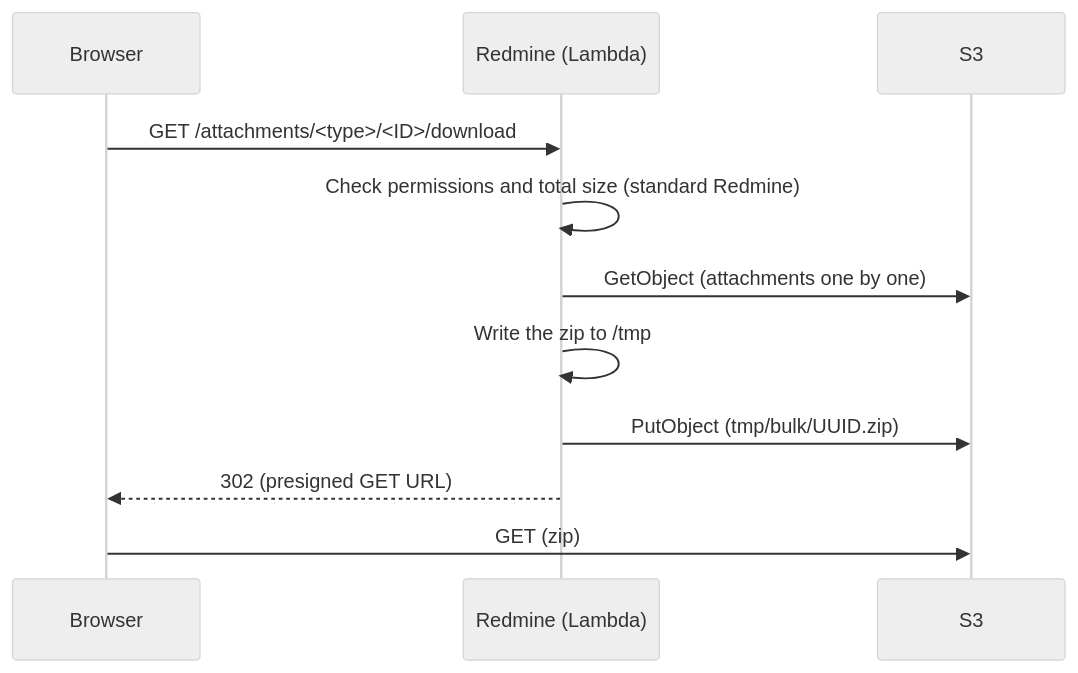
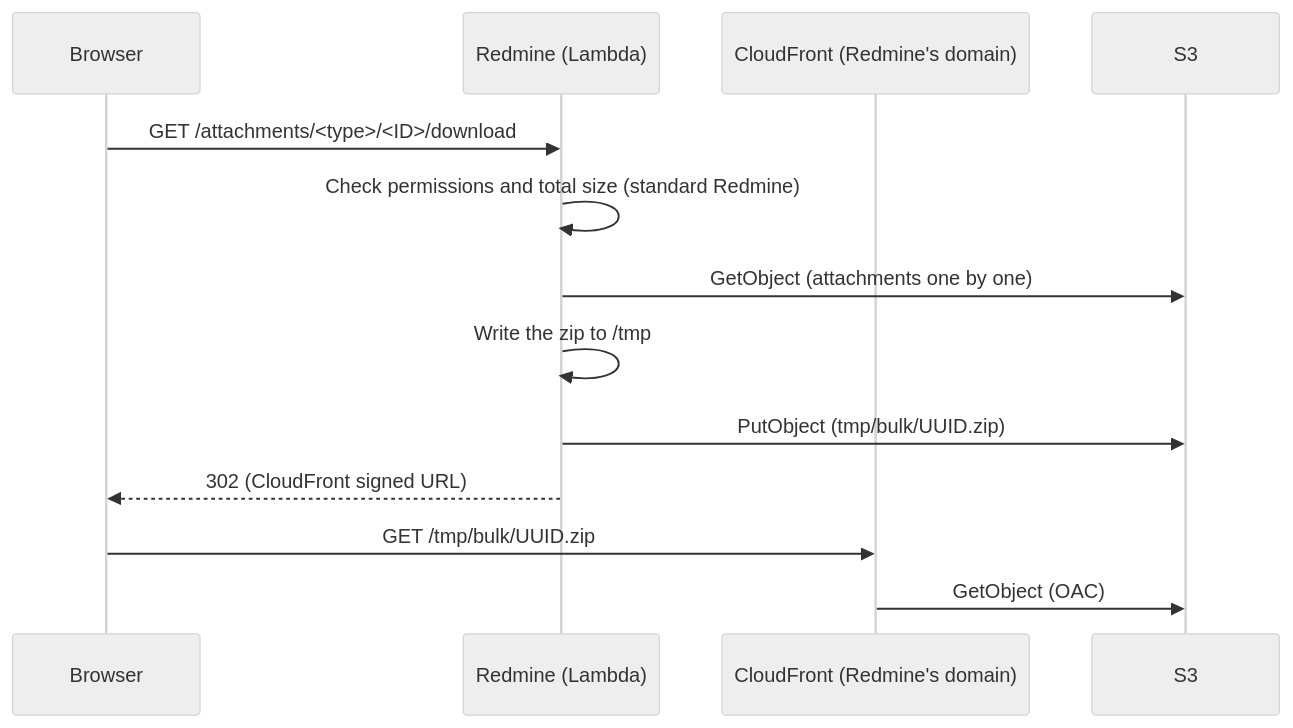
Before and after one commit to redmine-kit/redmine_aws_s3: the third of 3 diagrams in docs/attachments.md, drawn with Mermaid (neutral theme). The commit also changed other lines of this file and 9 other files, not shown here.

First line of the commit message:
Upload and download attachments through CloudFront

````diff
--- a/docs/attachments.md
+++ b/docs/attachments.md
@@ -139,13 +172,15 @@
 ```mermaid
 sequenceDiagram
   participant B as Browser
   participant R as Redmine (Lambda)
+  participant C as CloudFront (Redmine's domain)
   participant S as S3
   B->>R: GET /attachments/<type>/<ID>/download
   R->>R: Check permissions and total size (standard Redmine)
   R->>S: GetObject (attachments one by one)
   R->>R: Write the zip to /tmp
   R->>S: PutObject (tmp/bulk/UUID.zip)
-  R-->>B: 302 (presigned GET URL)
-  B->>S: GET (zip)
+  R-->>B: 302 (CloudFront signed URL)
+  B->>C: GET /tmp/bulk/UUID.zip
+  C->>S: GetObject (OAC)
 ```
````
